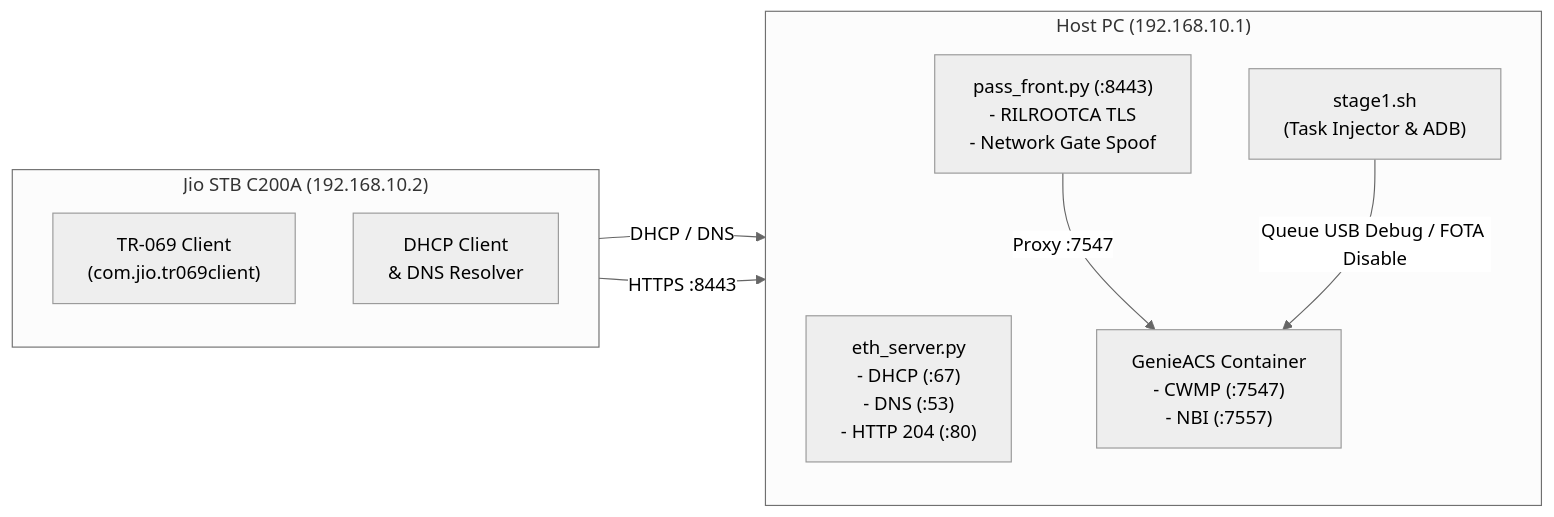
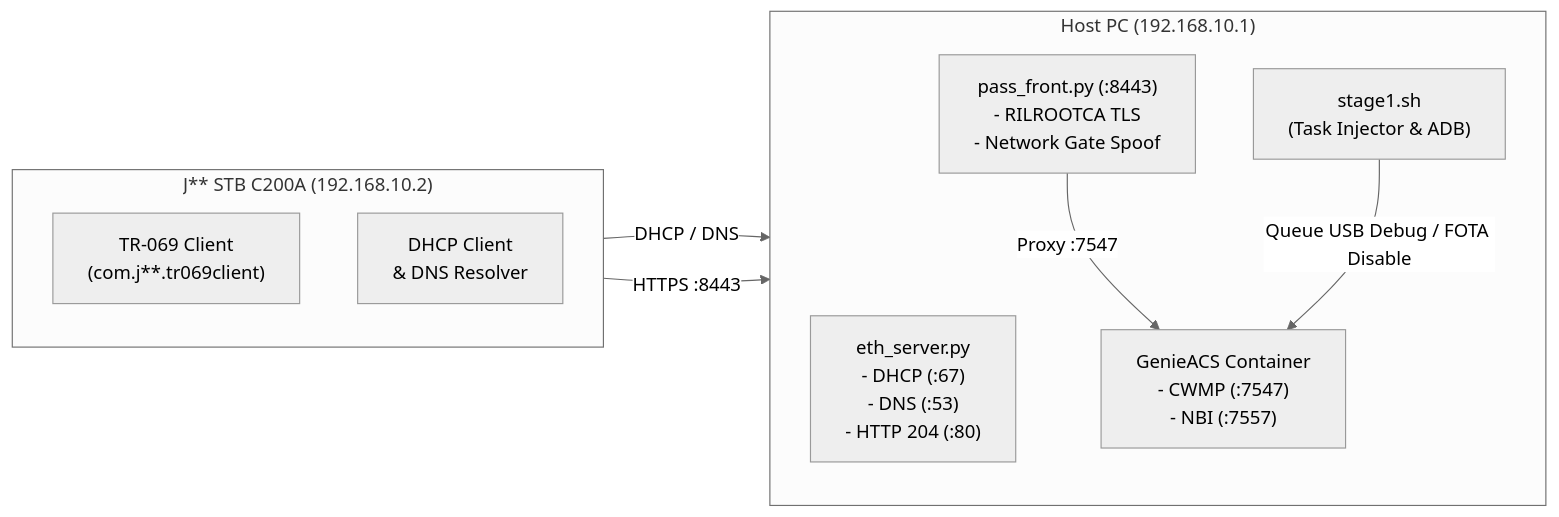
The diagram in README.md (ramneet4002/STB-Comprehensive-Guide), drawn with Mermaid (neutral theme) before and after one commit. The commit also changed other lines of this file and 3 other files, not shown here.

````diff
--- a/README.md
+++ b/README.md
@@ -120,21 +123,21 @@
 ```mermaid
 flowchart LR
-    subgraph STB ["Jio STB C200A (192.168.10.2)"]
+    subgraph STB ["J** STB C200A (192.168.10.2)"]
         direction TB
-        Client["TR-069 Client\n(com.jio.tr069client)"]
+        Client["TR-069 Client\n(com.j**.tr069client)"]
         ClientNet["DHCP Client\n& DNS Resolver"]
     end
 
     subgraph PC ["Host PC (192.168.10.1)"]
         direction TB
         EthHelper["eth_server.py\n- DHCP (:67)\n- DNS (:53)\n- HTTP 204 (:80)"]
         PassFront["pass_front.py (:8443)\n- RILROOTCA TLS\n- Network Gate Spoof"]
         GenieACS["GenieACS Container\n- CWMP (:7547)\n- NBI (:7557)"]
         Stage1["stage1.sh\n(Task Injector & ADB)"]
     end
 
     ClientNet -- "DHCP / DNS" --> EthHelper
     Client -- "HTTPS :8443" --> PassFront
     PassFront -- "Proxy :7547" --> GenieACS
     Stage1 -- "Queue USB Debug / FOTA Disable" --> GenieACS
 ```
````
